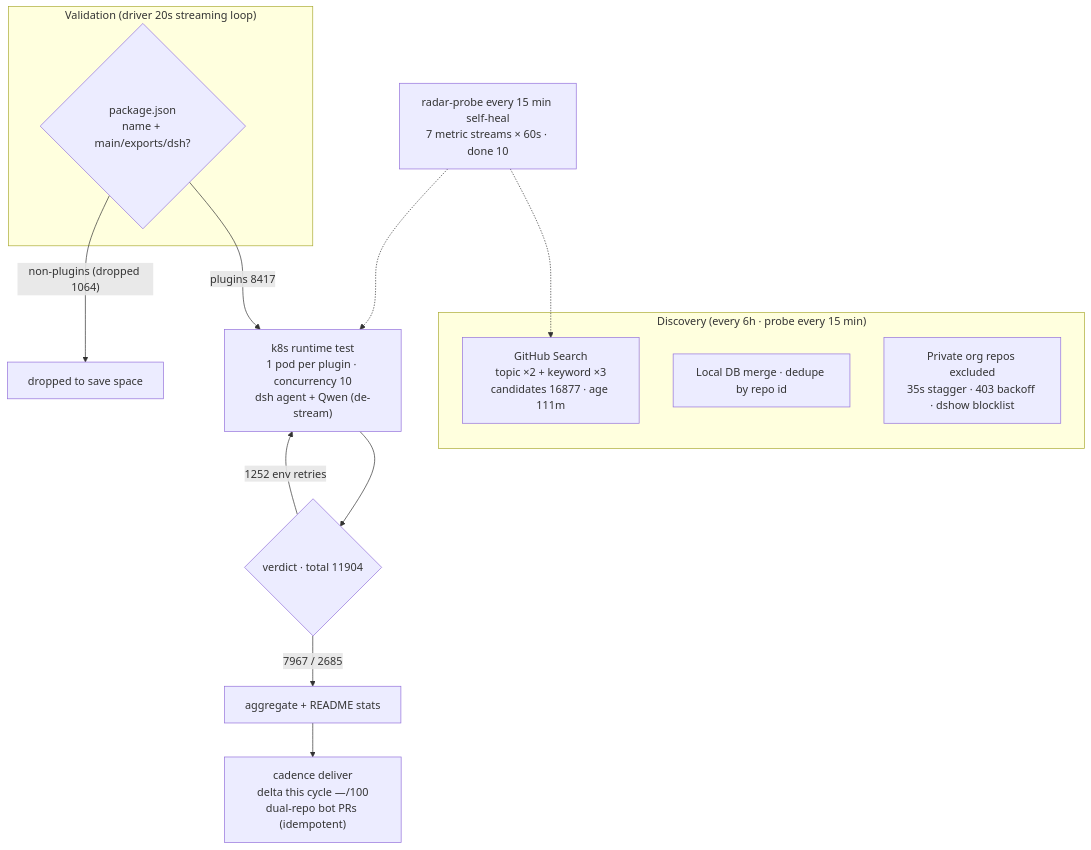
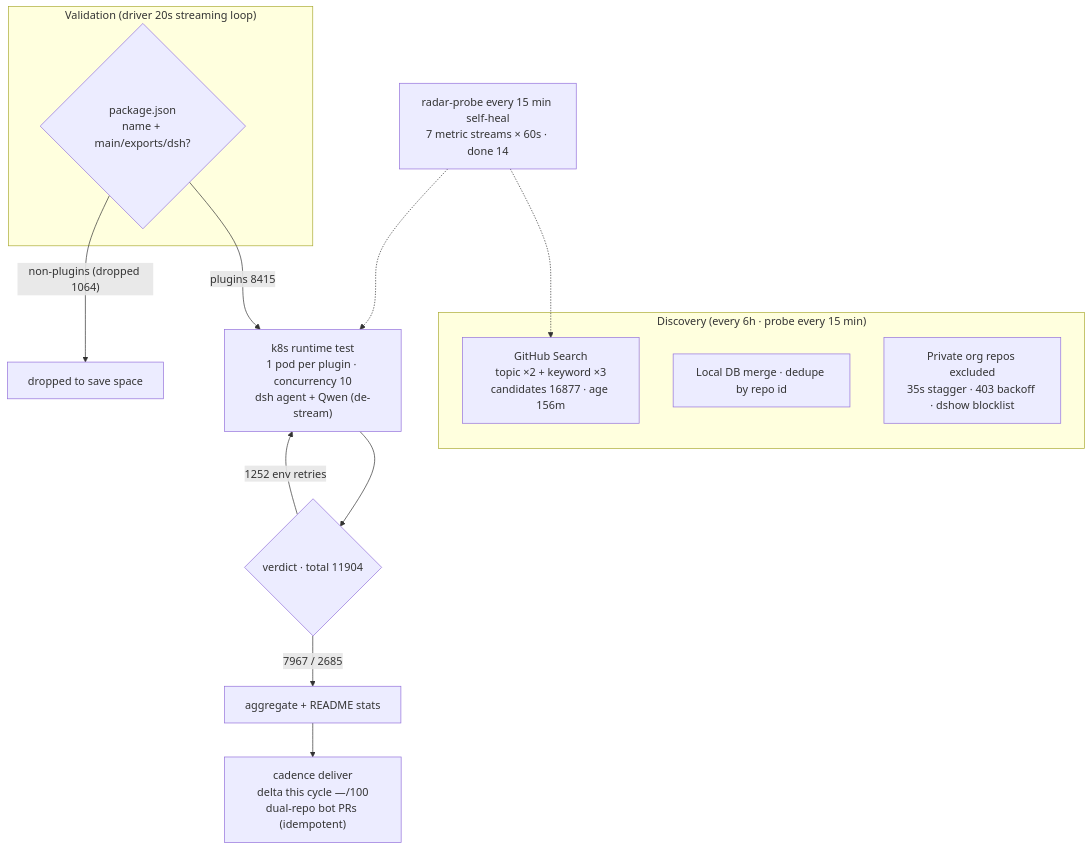
The diagram in README.en-US.md (AdamPlatin123/awesome-dsh-plugins), drawn with Mermaid before and after one commit. The commit also changed other lines of this file and 5 other files, not shown here.

````diff
--- a/README.en-US.md
+++ b/README.en-US.md
@@ -45,20 +45,20 @@
 ```mermaid
 flowchart TB
     subgraph Discovery["Discovery (every 6h · probe every 15 min)"]
-        A1["GitHub Search<br/>topic ×2 + keyword ×3<br/>candidates 16877 · age 111m"]
+        A1["GitHub Search<br/>topic ×2 + keyword ×3<br/>candidates 16877 · age 156m"]
         A2["Local DB merge · dedupe by repo id"]
         A3["Private org repos excluded<br/>35s stagger · 403 backoff · dshow blocklist"]
     end
     subgraph Validation["Validation (driver 20s streaming loop)"]
         B1{"package.json<br/>name + main/exports/dsh?"}
     end
-    B1 -->|"plugins 8417"| C1["k8s runtime test<br/>1 pod per plugin · concurrency 10<br/>dsh agent + Qwen (de-stream)"]
+    B1 -->|"plugins 8415"| C1["k8s runtime test<br/>1 pod per plugin · concurrency 10<br/>dsh agent + Qwen (de-stream)"]
     B1 -->|"non-plugins (dropped 1064)"| B3["dropped to save space"]
     C1 --> D1{"verdict · total 11904"}
     D1 -->|"7967 / 2685"| E1["aggregate + README stats"]
     D1 -->|"1252 env retries"| C1
     E1 --> E2["cadence deliver<br/>delta this cycle —/100<br/>dual-repo bot PRs (idempotent)"]
-    M["radar-probe every 15 min self-heal<br/>7 metric streams × 60s · done 10"]
+    M["radar-probe every 15 min self-heal<br/>7 metric streams × 60s · done 14"]
     M -.-> A1
     M -.-> C1
 ```
````
